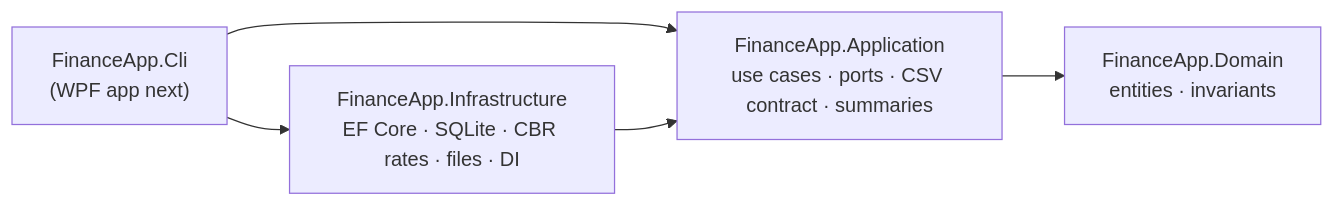
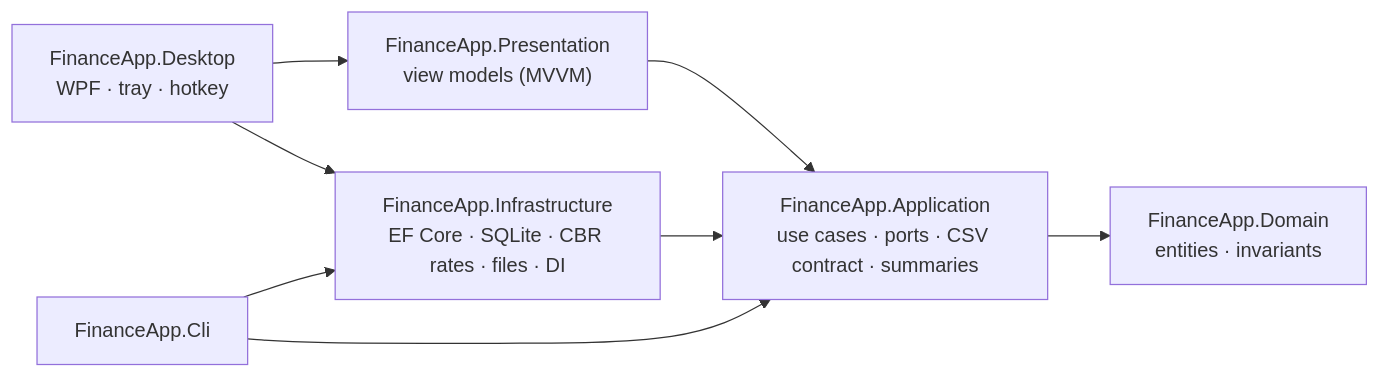
The diagram in README.md (Scr1pt445/FinanceApp), drawn with Mermaid before and after one commit. The commit also changed other lines of this file and 1 other file, not shown here.

````diff
--- a/README.md
+++ b/README.md
@@ -25,7 +41,10 @@
 ```mermaid
 flowchart LR
-    CLI["FinanceApp.Cli<br/>(WPF app next)"] --> Infra["FinanceApp.Infrastructure<br/>EF Core · SQLite · CBR rates · files · DI"]
+    Desktop["FinanceApp.Desktop<br/>WPF · tray · hotkey"] --> Presentation["FinanceApp.Presentation<br/>view models (MVVM)"]
+    Desktop --> Infra
+    CLI["FinanceApp.Cli"] --> Infra["FinanceApp.Infrastructure<br/>EF Core · SQLite · CBR rates · files · DI"]
+    Presentation --> App
     CLI --> App
     Infra --> App["FinanceApp.Application<br/>use cases · ports · CSV contract · summaries"]
     App --> Domain["FinanceApp.Domain<br/>entities · invariants"]
 ```
````
